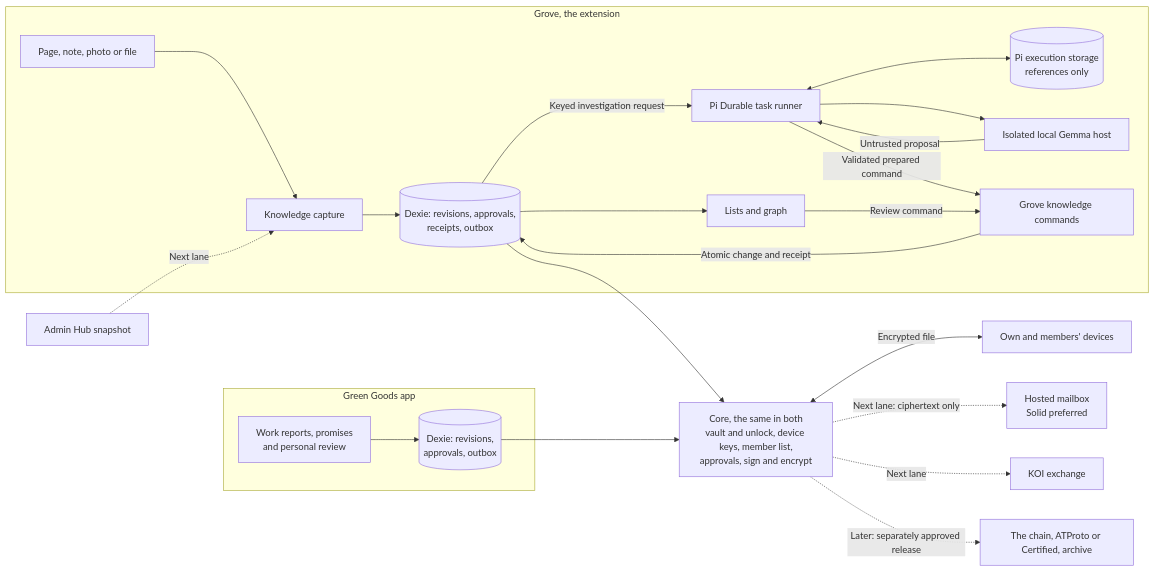
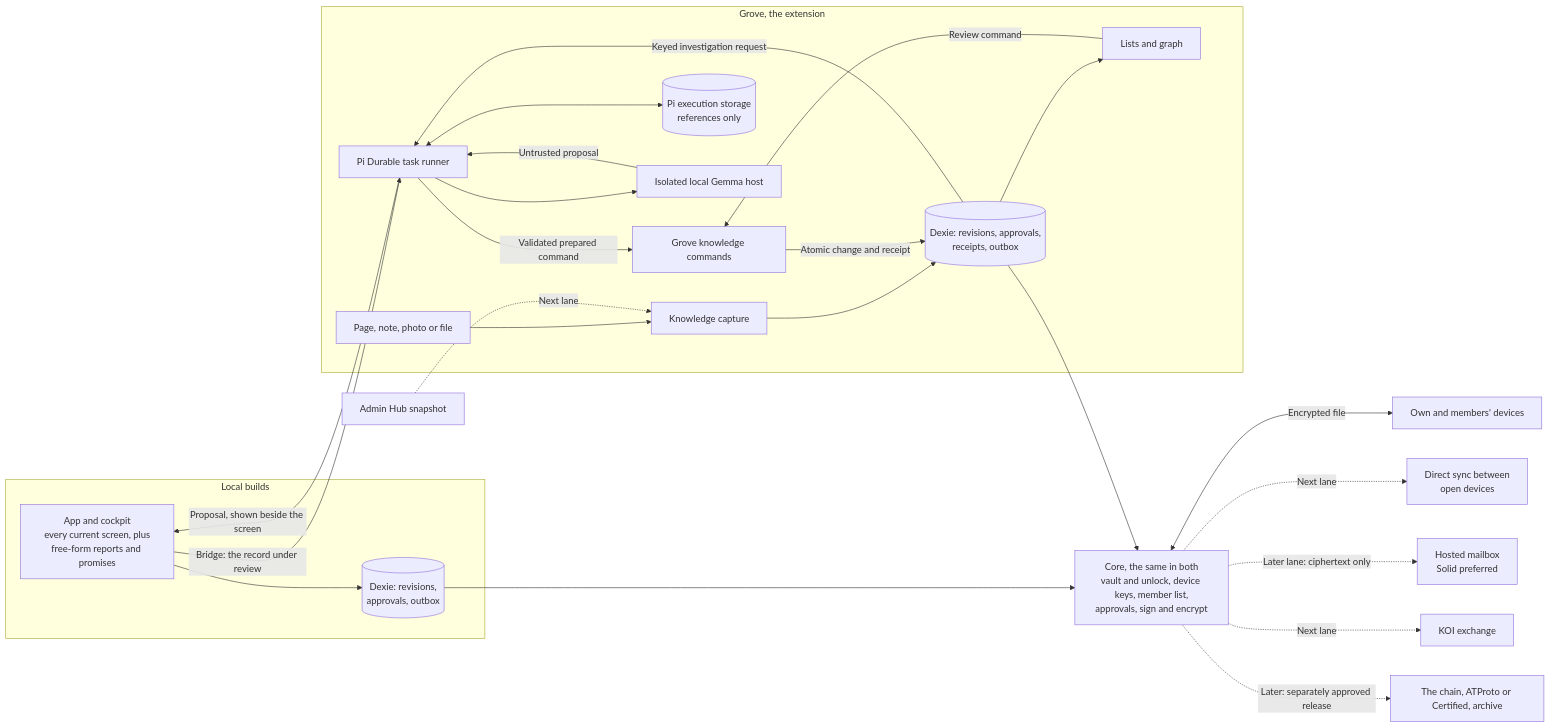
One commit to greenpill-dev-guild/green-goods changed the diagram in .plans/ideas/grove/spec.md. Above: the diagram before and after it, drawn with Mermaid. The commit also changed other lines of this file and 10 other files, not shown here.

````diff
--- a/.plans/ideas/grove/spec.md
+++ b/.plans/ideas/grove/spec.md
@@ -218,26 +251,29 @@
 ```mermaid
 flowchart LR
-  subgraph PHONE["Green Goods app"]
-    PCap["Work reports, promises<br/>and personal review"] --> PDB[("Dexie: revisions,<br/>approvals, outbox")]
+  subgraph PHONE["Local builds"]
+    PCap["App and cockpit<br/>every current screen, plus<br/>free-form reports and promises"] --> PDB[("Dexie: revisions,<br/>approvals, outbox")]
   end
   subgraph LAPTOP["Grove, the extension"]
     Page["Page, note, photo or file"] --> Cap["Knowledge capture"]
     Cap --> DB[("Dexie: revisions, approvals,<br/>receipts, outbox")]
     DB -->|"Keyed investigation request"| Runner["Pi Durable task runner"]
     Runner <--> PS[("Pi execution storage<br/>references only")]
     Runner --> Model["Isolated local Gemma host"]
     Model -->|"Untrusted proposal"| Runner
     Runner -->|"Validated prepared command"| Cmd["Grove knowledge commands"]
     Cmd -->|"Atomic change and receipt"| DB
     DB --> Views["Lists and graph"]
     Views -->|"Review command"| Cmd
   end
   Core["Core, the same in both<br/>vault and unlock, device keys, member list,<br/>approvals, sign and encrypt"]
   PDB --> Core
   DB --> Core
+  PCap -->|"Bridge: the record under review"| Runner
+  Runner -->|"Proposal, shown beside the screen"| PCap
   Core <-->|"Encrypted file"| Peers["Own and members' devices"]
-  Core -.->|"Next lane: ciphertext only"| Store["Hosted mailbox<br/>Solid preferred"]
+  Core -.->|"Next lane"| Sync["Direct sync between<br/>open devices"]
+  Core -.->|"Later lane: ciphertext only"| Store["Hosted mailbox<br/>Solid preferred"]
   Hub["Admin Hub snapshot"] -.->|"Next lane"| Cap
   Core -.->|"Next lane"| KOI["KOI exchange"]
   Core -.->|"Later: separately approved release"| Public["The chain, ATProto or Certified, archive"]
 ```
````
